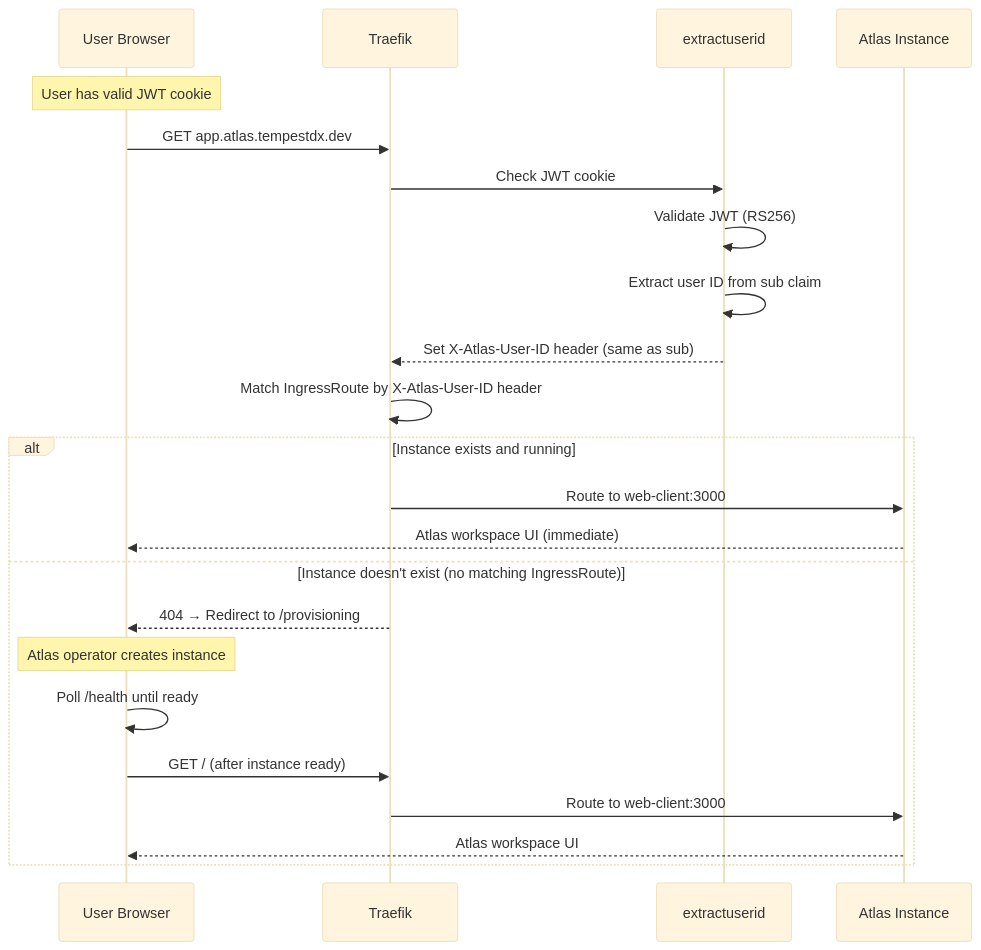
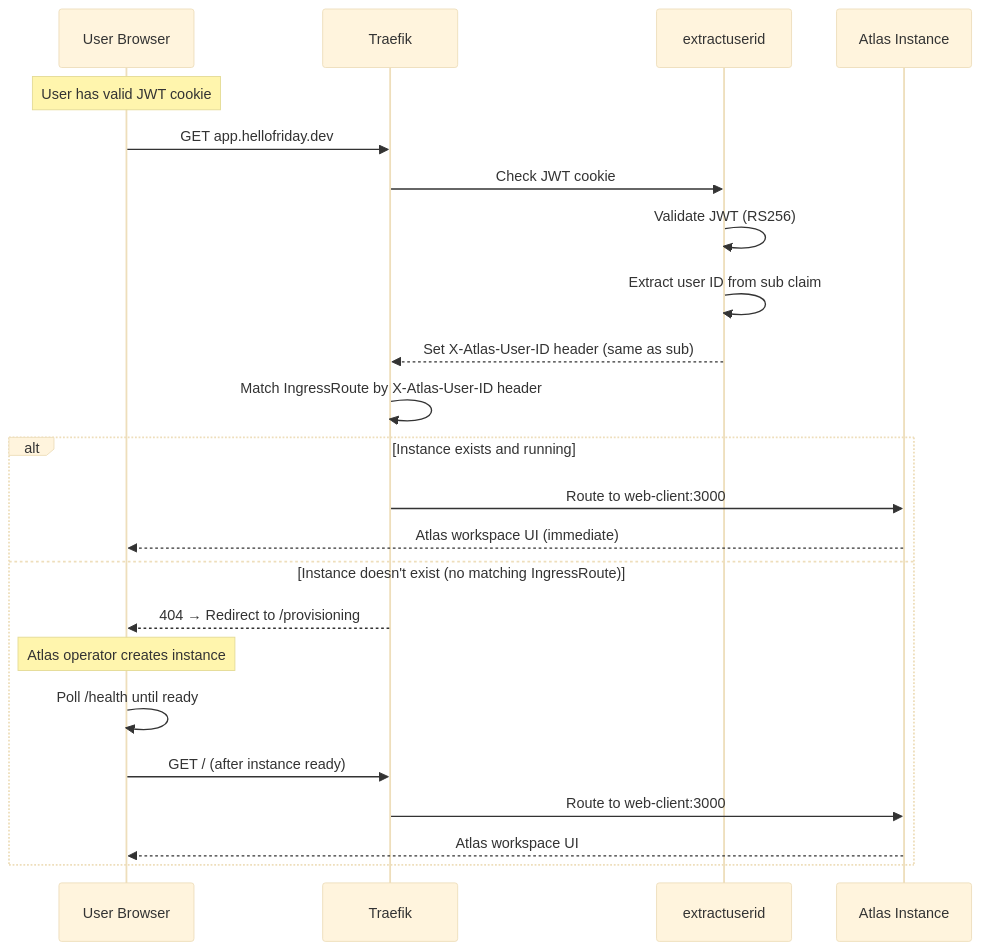
The sixth of 10 diagrams in docs/ATLAS_AUTH_USER_JOURNEY.md (friday-platform/friday-studio), drawn with Mermaid (base theme) before and after one commit. The commit also changed other lines of this file and 20 other files, not shown here.

First line of the commit message:
chore: rebrand domains from tempestdx to hellofriday (#1223)

````diff
--- a/docs/ATLAS_AUTH_USER_JOURNEY.md
+++ b/docs/ATLAS_AUTH_USER_JOURNEY.md
@@ -169,29 +169,29 @@
 ```mermaid
 sequenceDiagram
     participant U as User Browser
     participant T as Traefik
     participant E as extractuserid
     participant I as Atlas Instance
 
     Note over U: User has valid JWT cookie
 
-    U->>T: GET app.atlas.tempestdx.dev
+    U->>T: GET app.hellofriday.dev
     T->>E: Check JWT cookie
     E->>E: Validate JWT (RS256)
     E->>E: Extract user ID from sub claim
     E-->>T: Set X-Atlas-User-ID header (same as sub)
 
     T->>T: Match IngressRoute by X-Atlas-User-ID header
 
     alt Instance exists and running
         T->>I: Route to web-client:3000
         I-->>U: Atlas workspace UI (immediate)
     else Instance doesn't exist (no matching IngressRoute)
         T-->>U: 404 → Redirect to /provisioning
         Note over U: Atlas operator creates instance
         U->>U: Poll /health until ready
         U->>T: GET / (after instance ready)
         T->>I: Route to web-client:3000
         I-->>U: Atlas workspace UI
     end
 ```
````
